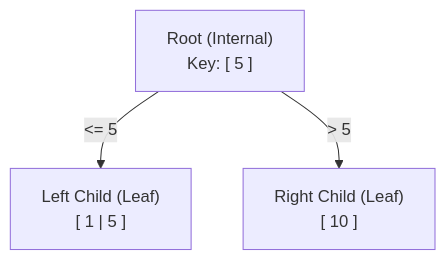
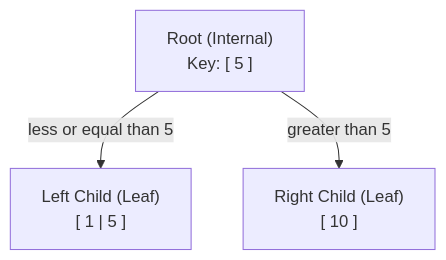
One commit to Esteban-4413/dgarden changed the third of 4 diagrams in content/notes-on-other-matters/programming/lprojects/simple-data-base/part-7.md. Above: the diagram before and after it, drawn with Mermaid. The commit also changed other lines of this file and 141 other files, not shown here.

````diff
--- a/content/notes-on-other-matters/programming/lprojects/simple-data-base/part-7.md
+++ b/content/notes-on-other-matters/programming/lprojects/simple-data-base/part-7.md
@@ -79,14 +79,14 @@
 ```mermaid
 graph TD
     Root["Root (Internal)
     Key: [ 5 ]"]
     
     L1["Left Child (Leaf)
     [ 1 | 5 ]"]
     
     L2["Right Child (Leaf)
     [ 10 ]"]
     
-    Root -- "<= 5" --> L1
-    Root -- " > 5" --> L2
+    Root -- "less or equal than 5" --> L1
+    Root -- " greater than 5" --> L2
 ```
````
